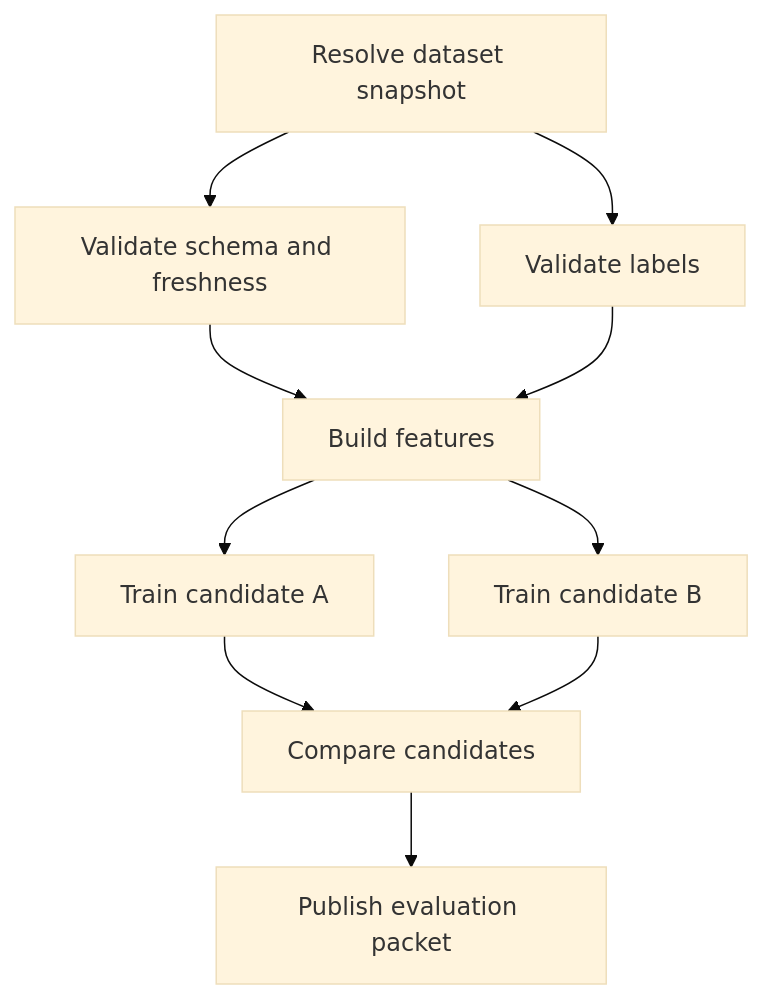
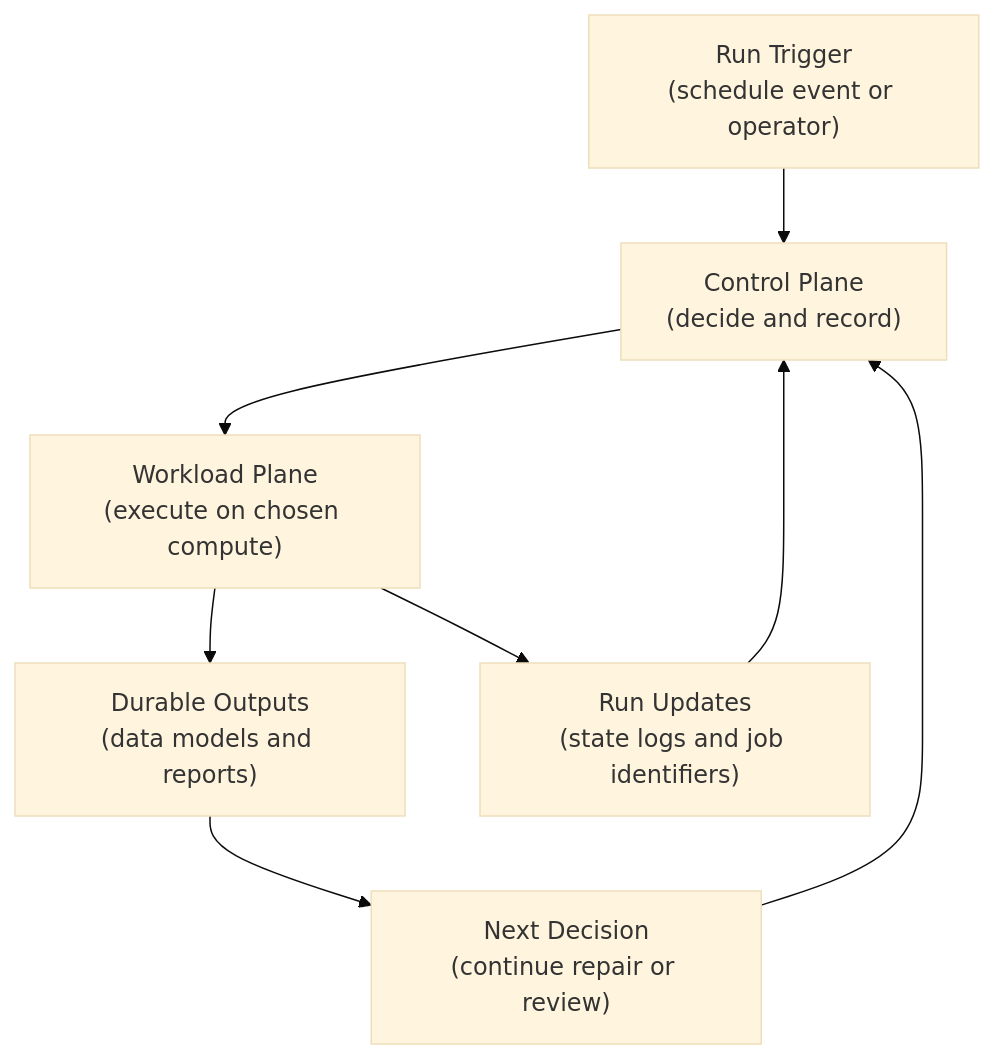
One commit to senlinyy/dev-roadmaps changed the first of 8 diagrams in roadmaps/mlops/modules/training-pipelines/pipeline-design/02-airflow-prefect-kubeflow-orchestration.md. Above: the diagram before and after it, drawn with Mermaid (base theme). The commit also changed other lines of this file and 198 other files, not shown here.

````diff
--- a/roadmaps/mlops/modules/training-pipelines/pipeline-design/02-airflow-prefect-kubeflow-orchestration.md
+++ b/roadmaps/mlops/modules/training-pipelines/pipeline-design/02-airflow-prefect-kubeflow-orchestration.md
@@ -48,12 +35,10 @@
 ```mermaid
 flowchart TD
-    D["Resolve dataset snapshot"] --> S["Validate schema and freshness"]
-    D --> L["Validate labels"]
-    S --> F["Build features"]
-    L --> F
-    F --> T1["Train candidate A"]
-    F --> T2["Train candidate B"]
-    T1 --> C["Compare candidates"]
-    T2 --> C
-    C --> P["Publish evaluation packet"]
+    A["Run Trigger<br/>(schedule event or operator)"] --> B["Control Plane<br/>(decide and record)"]
+    B --> C["Workload Plane<br/>(execute on chosen compute)"]
+    C --> D["Durable Outputs<br/>(data models and reports)"]
+    C --> E["Run Updates<br/>(state logs and job identifiers)"]
+    E --> B
+    D --> F["Next Decision<br/>(continue repair or review)"]
+    F --> B
 ```
````
